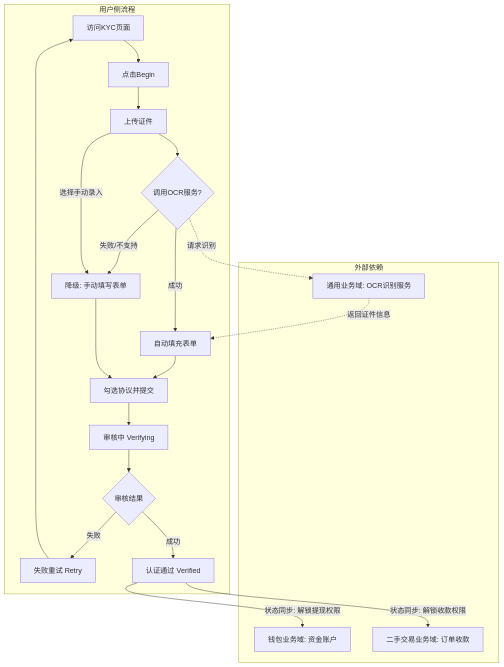
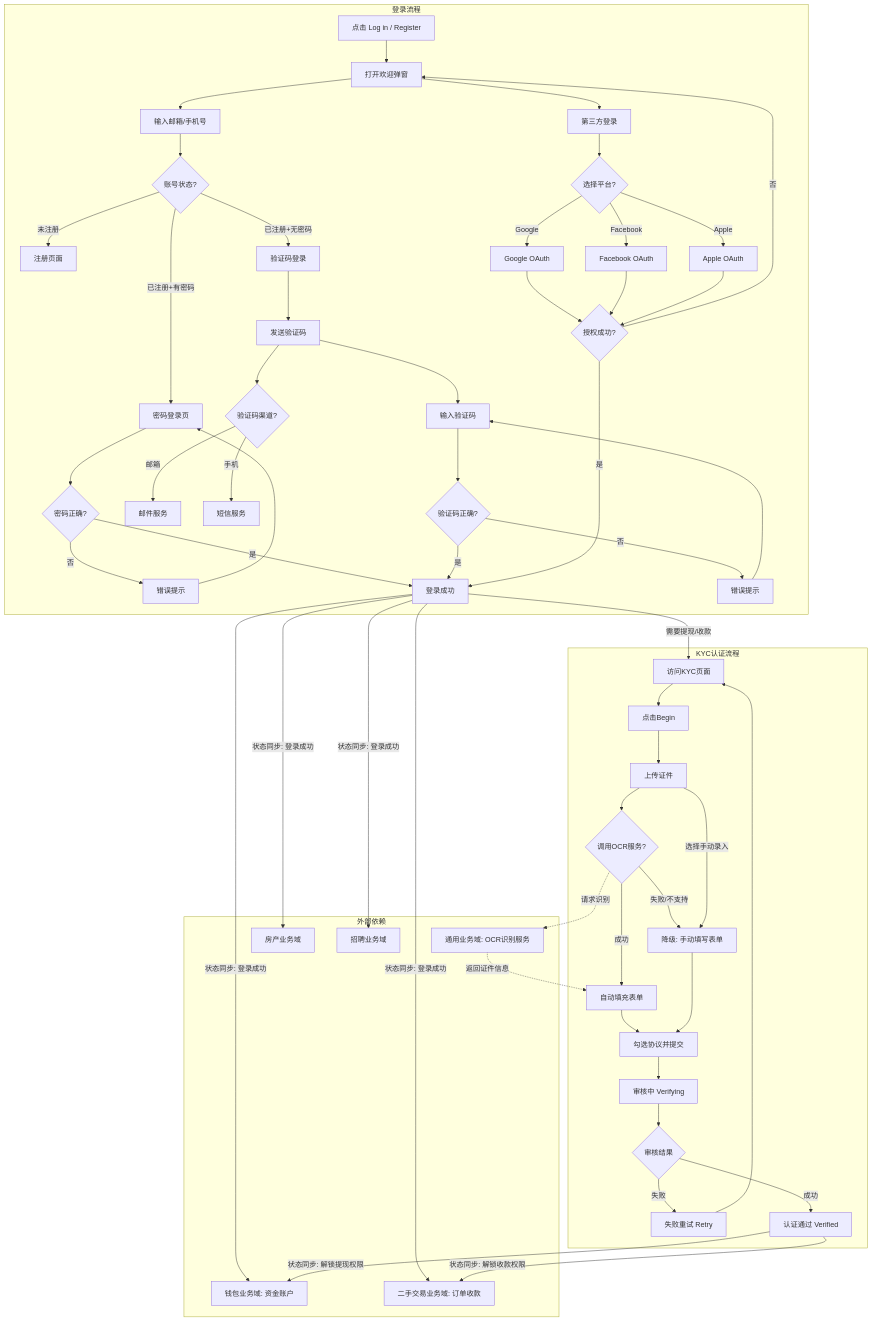
Before and after one commit to jiadan-user/jiacangku: the first of 3 diagrams in bundled/knowledge_base/业务知识图谱/用户业务域/用户业务全景.md, drawn with Mermaid. The commit also changed other lines of this file and 2 other files, not shown here.

````diff
--- a/bundled/knowledge_base/业务知识图谱/用户业务域/用户业务全景.md
+++ b/bundled/knowledge_base/业务知识图谱/用户业务域/用户业务全景.md
@@ -20,30 +22,76 @@
 ```mermaid
 graph TD
-    subgraph 用户侧流程
+    subgraph 登录流程
+        L1[点击 Log in / Register] --> L2[打开欢迎弹窗]
+        L2 --> L3[输入邮箱/手机号]
+        L3 --> L4{账号状态?}
+        L4 -->|未注册| L5[注册页面]
+        L4 -->|已注册+有密码| L6[密码登录页]
+        L4 -->|已注册+无密码| L7[验证码登录]
+        L6 --> L8{密码正确?}
+        L8 -->|否| L9[错误提示]
+        L9 --> L6
+        L8 -->|是| L10[登录成功]
+        L7 --> L11[发送验证码]
+        L11 --> SMS{验证码渠道?}
+        SMS -->|邮箱| EmailSvc[邮件服务]
+        SMS -->|手机| SmsSvc[短信服务]
+        L11 --> L12[输入验证码]
+        L12 --> L13{验证码正确?}
+        L13 -->|否| L14[错误提示]
+        L14 --> L12
+        L13 -->|是| L10
+        L2 --> L15[第三方登录]
+        L15 --> OAuth{选择平台?}
+        OAuth -->|Google| GoogleAuth[Google OAuth]
+        OAuth -->|Facebook| FbAuth[Facebook OAuth]
+        OAuth -->|Apple| AppleAuth[Apple OAuth]
+        GoogleAuth --> L16{授权成功?}
+        FbAuth --> L16
+        AppleAuth --> L16
+        L16 -->|是| L10
+        L16 -->|否| L2
+    end
+    
+    subgraph KYC认证流程
         A[访问KYC页面] --> B[点击Begin]
         B --> C[上传证件]
         C --> OCR_Call{调用OCR服务?}
         OCR_Call -->|成功| D[自动填充表单]
         OCR_Call -->|失败/不支持| E[降级: 手动填写表单]
         C -->|选择手动录入| E
         D --> F[勾选协议并提交]
         E --> F
         F --> G[审核中 Verifying]
         G --> H{审核结果}
         H -->|失败| I[失败重试 Retry]
         I --> A
         H -->|成功| J[认证通过 Verified]
     end
     
     subgraph 外部依赖
+        EmailSvc
+        SmsSvc
+        GoogleAuth
+        FbAuth
+        AppleAuth
         OCR[通用业务域: OCR识别服务]
         Wallet[钱包业务域: 资金账户]
         Marketplace[二手交易业务域: 订单收款]
+        Property[房产业务域]
+        Jobs[招聘业务域]
     end
+    
+    L10 -->|需要提现/收款| A
     
     OCR_Call -.->|请求识别| OCR
     OCR -.->|返回证件信息| D
     
+    L10 -->|状态同步: 登录成功| Wallet
+    L10 -->|状态同步: 登录成功| Marketplace
+    L10 -->|状态同步: 登录成功| Property
+    L10 -->|状态同步: 登录成功| Jobs
+    
     J -->|状态同步: 解锁提现权限| Wallet
     J -->|状态同步: 解锁收款权限| Marketplace
 ```
````
